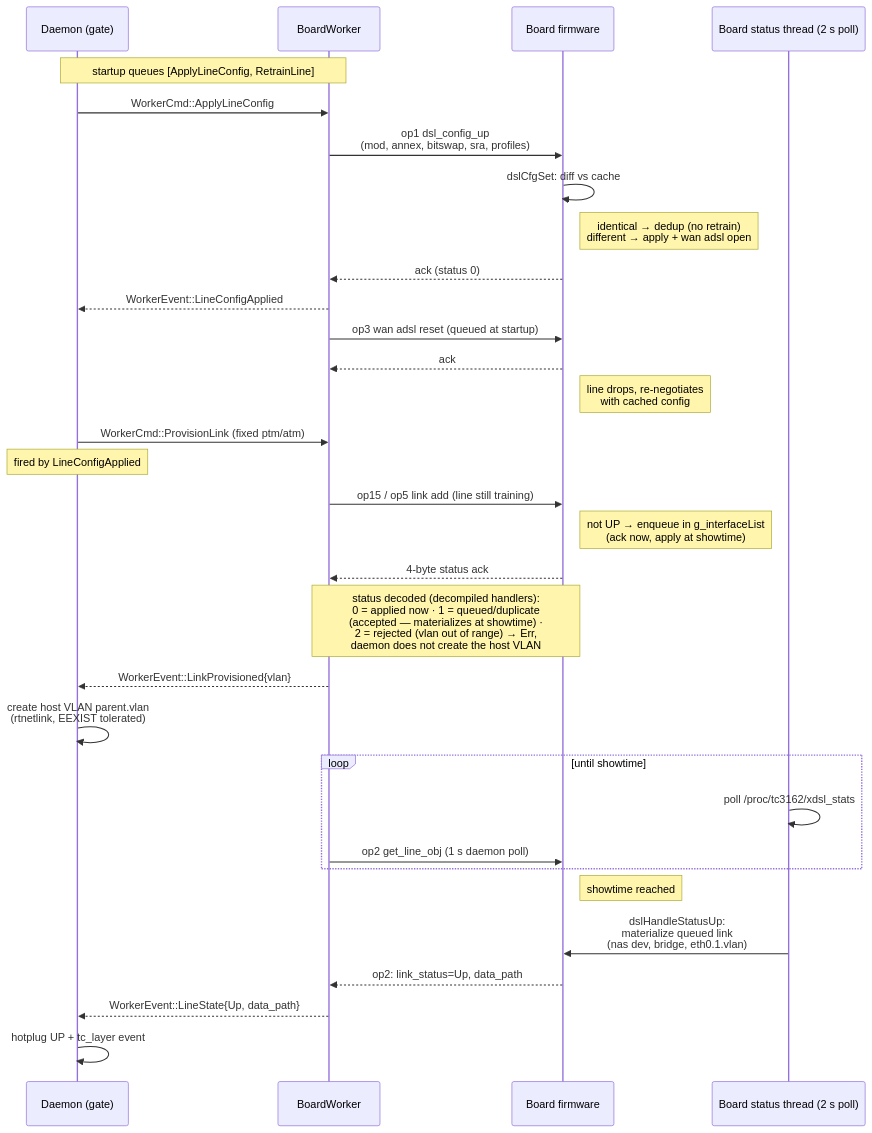
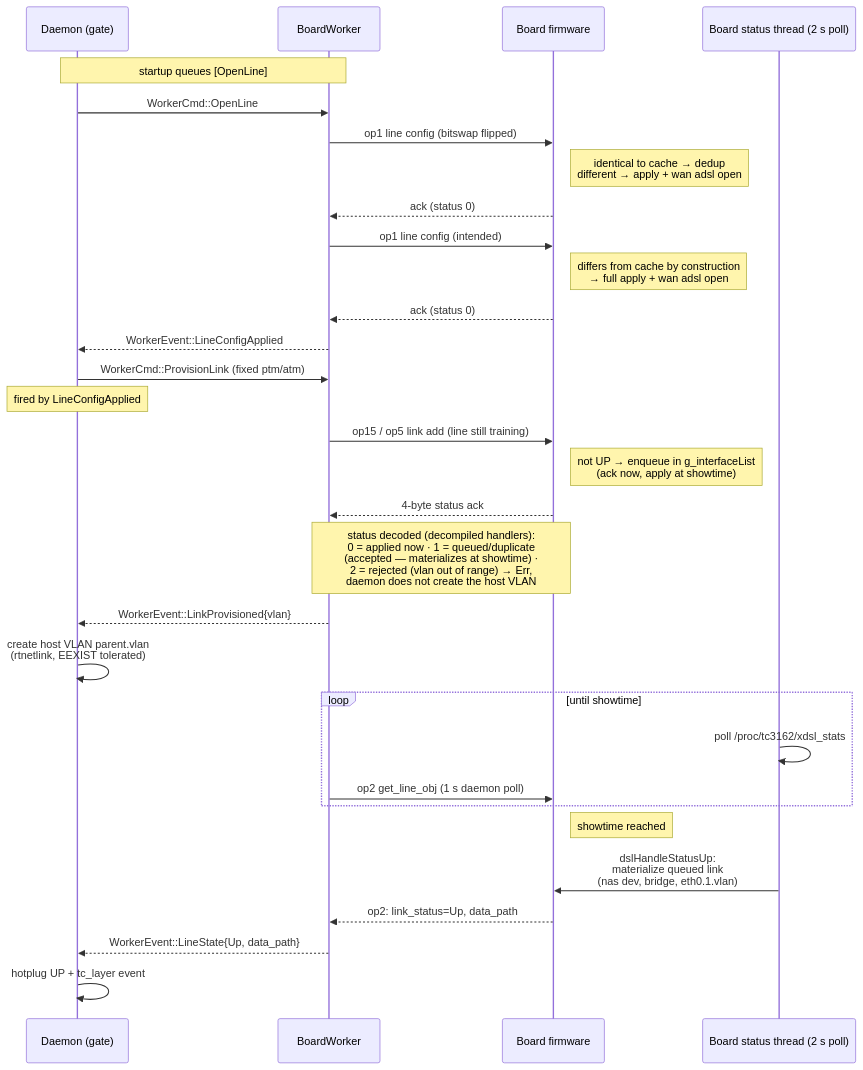
Before and after one commit to hitech95/openwrt_tplink_vx830v_rbctrl-dsl: the fourth of 6 diagrams in docs/rbctl-dsl.md, drawn with Mermaid. The commit also changed other lines of this file and 2 other files, not shown here.

First line of the commit message:
Docs: OpenLine bring-up, warn-only watchdog, E2E harness guide

````diff
--- a/docs/rbctl-dsl.md
+++ b/docs/rbctl-dsl.md
@@ -283,37 +306,36 @@
 ```mermaid
 sequenceDiagram
     participant D as Daemon (gate)
     participant W as BoardWorker
     participant B as Board firmware
     participant T as Board status thread (2 s poll)
 
-    Note over D,W: startup queues [ApplyLineConfig, RetrainLine]
-    D->>W: WorkerCmd::ApplyLineConfig
-    W->>B: op1 dsl_config_up<br/>(mod, annex, bitswap, sra, profiles)
-    B->>B: dslCfgSet: diff vs cache
-    Note right of B: identical → dedup (no retrain)<br/>different → apply + wan adsl open
+    Note over D,W: startup queues [OpenLine]
+    D->>W: WorkerCmd::OpenLine
+    W->>B: op1 line config (bitswap flipped)
+    Note right of B: identical to cache → dedup<br/>different → apply + wan adsl open
+    B-->>W: ack (status 0)
+    W->>B: op1 line config (intended)
+    Note right of B: differs from cache by construction<br/>→ full apply + wan adsl open
     B-->>W: ack (status 0)
     W-->>D: WorkerEvent::LineConfigApplied
-    W->>B: op3 wan adsl reset (queued at startup)
-    B-->>W: ack
-    Note right of B: line drops, re-negotiates<br/>with cached config
 
     D->>W: WorkerCmd::ProvisionLink (fixed ptm/atm)
     Note over D: fired by LineConfigApplied
     W->>B: op15 / op5 link add (line still training)
     Note right of B: not UP → enqueue in g_interfaceList<br/>(ack now, apply at showtime)
     B-->>W: 4-byte status ack
     Note over W,B: status decoded (decompiled handlers):<br/>0 = applied now · 1 = queued/duplicate<br/>(accepted — materializes at showtime) ·<br/>2 = rejected (vlan out of range) → Err,<br/>daemon does not create the host VLAN
     W-->>D: WorkerEvent::LinkProvisioned{vlan}
     D->>D: create host VLAN parent.vlan<br/>(rtnetlink, EEXIST tolerated)
 
     loop until showtime
         T->>T: poll /proc/tc3162/xdsl_stats
         W->>B: op2 get_line_obj (1 s daemon poll)
     end
     Note right of B: showtime reached
     T->>B: dslHandleStatusUp:<br/>materialize queued link<br/>(nas dev, bridge, eth0.1.vlan)
     B-->>W: op2: link_status=Up, data_path
     W-->>D: WorkerEvent::LineState{Up, data_path}
     D->>D: hotplug UP + tc_layer event
 ```
````
